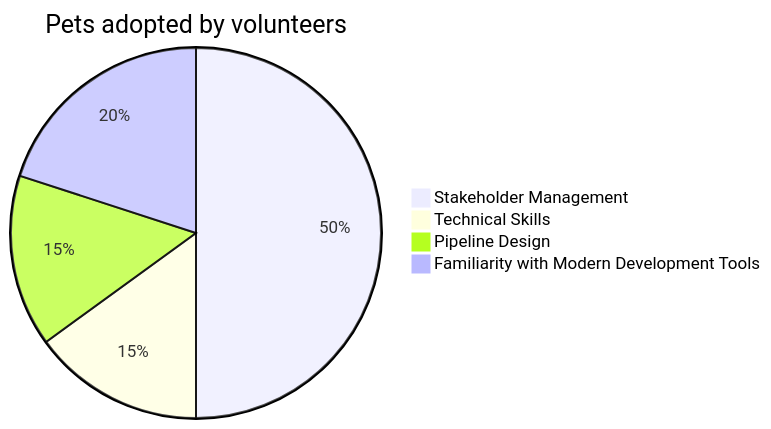
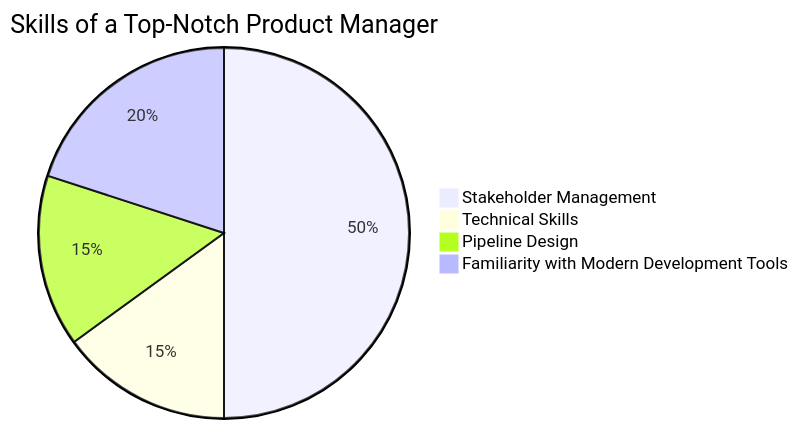
Before and after one commit to wish-team/onboarding: the second of 2 diagrams in product_manager/README.md, drawn with Mermaid.

Commit message:
revise pm journey

````diff
--- a/product_manager/README.md
+++ b/product_manager/README.md
@@ -52,8 +52,8 @@
 ```mermaid
 
-pie title Pets adopted by volunteers
+pie title Skills of a Top-Notch Product Manager
     "Stakeholder Management" : 50
     "Technical Skills" : 15
     "Pipeline Design" : 15
     "Familiarity with Modern Development Tools" : 20
 ```
````
